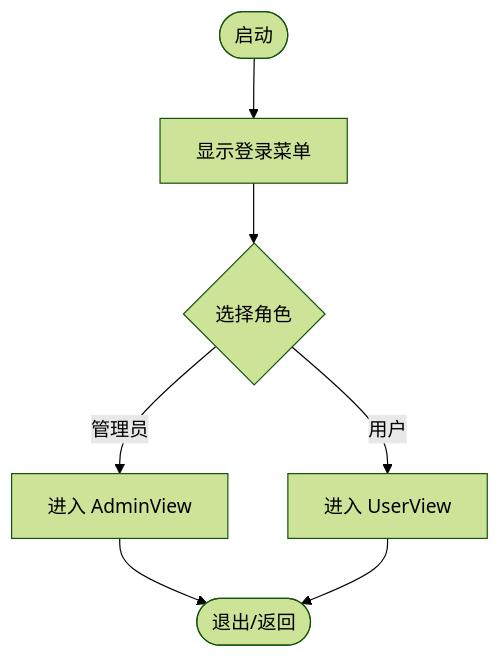
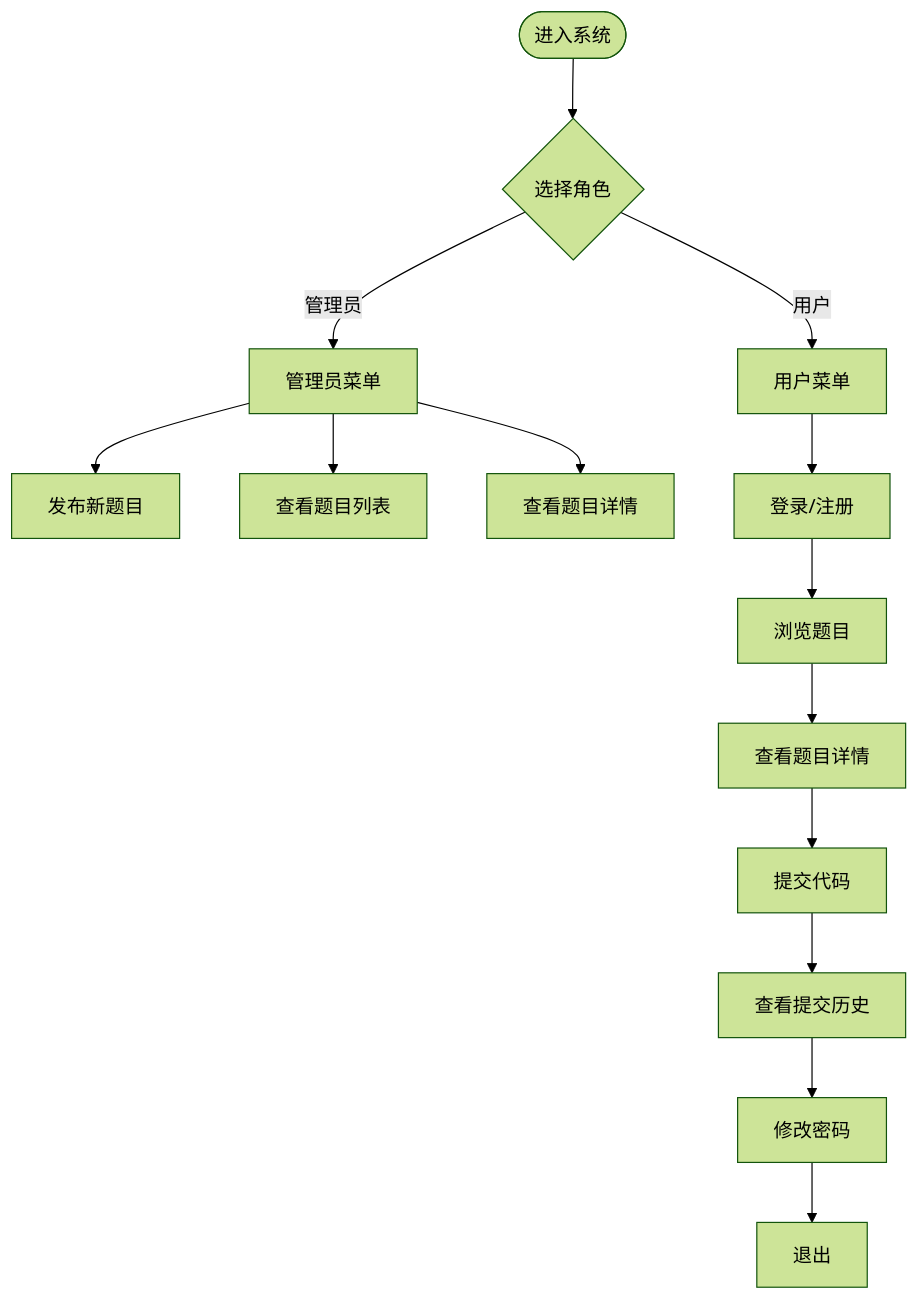
The fourth of 7 diagrams in .qoder/repowiki/zh/content/项目概述.md (jinpeng900/OJ-Test), drawn with Mermaid (forest theme) before and after one commit. The commit also changed other lines of this file and 65 other files, not shown here.

````diff
--- a/.qoder/repowiki/zh/content/项目概述.md
+++ b/.qoder/repowiki/zh/content/项目概述.md
@@ -273,9 +231,16 @@
 ```mermaid
 flowchart TD
-S(["启动"]) --> Menu["显示登录菜单"]
-Menu --> Choice{"选择角色"}
-Choice --> |管理员| AdminMode["进入 AdminView"]
-Choice --> |用户| UserMode["进入 UserView"]
-AdminMode --> End(["退出/返回"])
-UserMode --> End
+Start(["进入系统"]) --> Role{"选择角色"}
+Role --> |管理员| AdminMenu["管理员菜单"]
+Role --> |用户| UserMenu["用户菜单"]
+AdminMenu --> AddProblem["发布新题目"]
+AdminMenu --> ListProblems["查看题目列表"]
+AdminMenu --> DetailProblem["查看题目详情"]
+UserMenu --> Login["登录/注册"]
+Login --> Browse["浏览题目"]
+Browse --> Detail["查看题目详情"]
+Detail --> Submit["提交代码"]
+Submit --> History["查看提交历史"]
+History --> ChangePwd["修改密码"]
+ChangePwd --> Logout["退出"]
 ```
````
